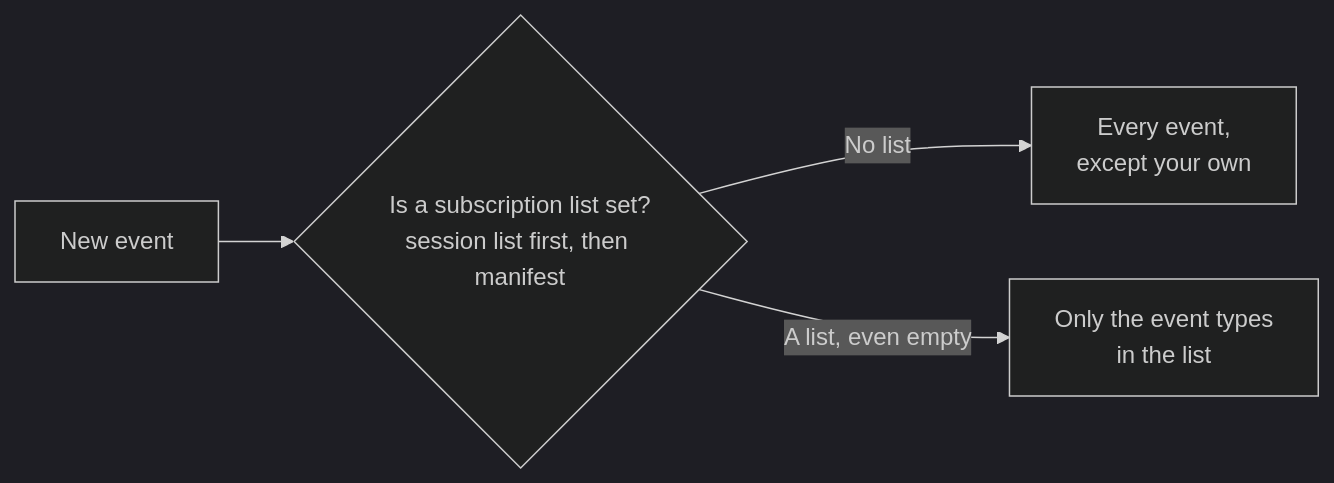
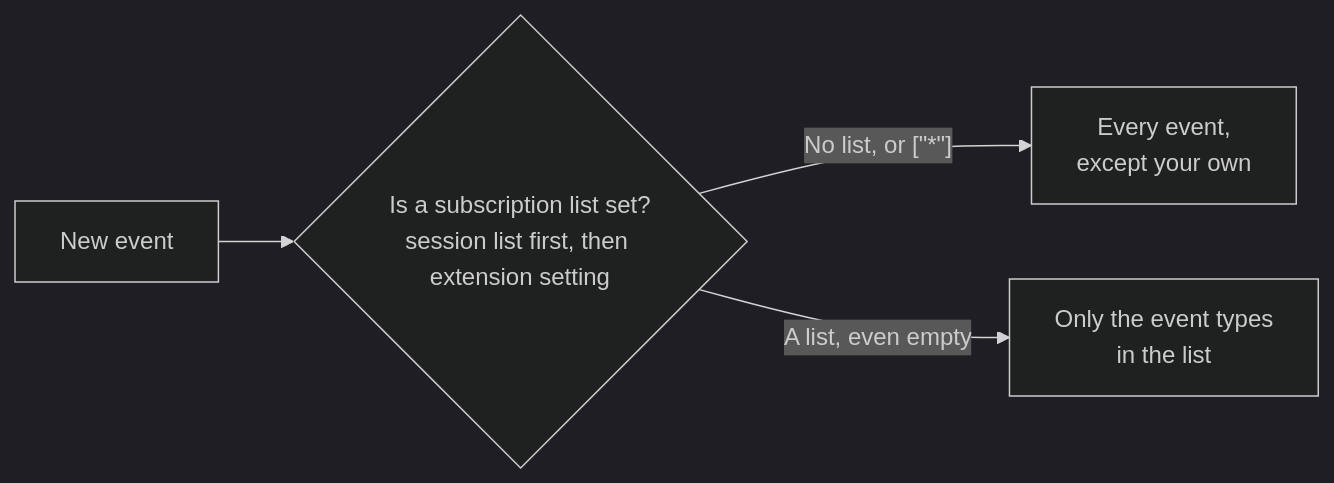
One commit to chasterapp/docs changed the diagram in docs/api/extensions-api/extension-communication/lock-events.mdx. Above: the diagram before and after it, drawn with Mermaid (dark theme). The commit also changed other lines of this file and 5 other files, not shown here.

````diff
--- a/docs/api/extensions-api/extension-communication/lock-events.mdx
+++ b/docs/api/extensions-api/extension-communication/lock-events.mdx
@@ -65,6 +65,6 @@
 ```mermaid
 flowchart LR
-    E[New event] --> Q{Is a subscription list set?<br/>session list first, then manifest}
-    Q -- "No list" --> A["Every event,<br/>except your own"]
+    E[New event] --> Q{Is a subscription list set?<br/>session list first, then extension setting}
+    Q -- "No list, or [&quot;*&quot;]" --> A["Every event,<br/>except your own"]
     Q -- "A list, even empty" --> B["Only the event types<br/>in the list"]
 ```
````
